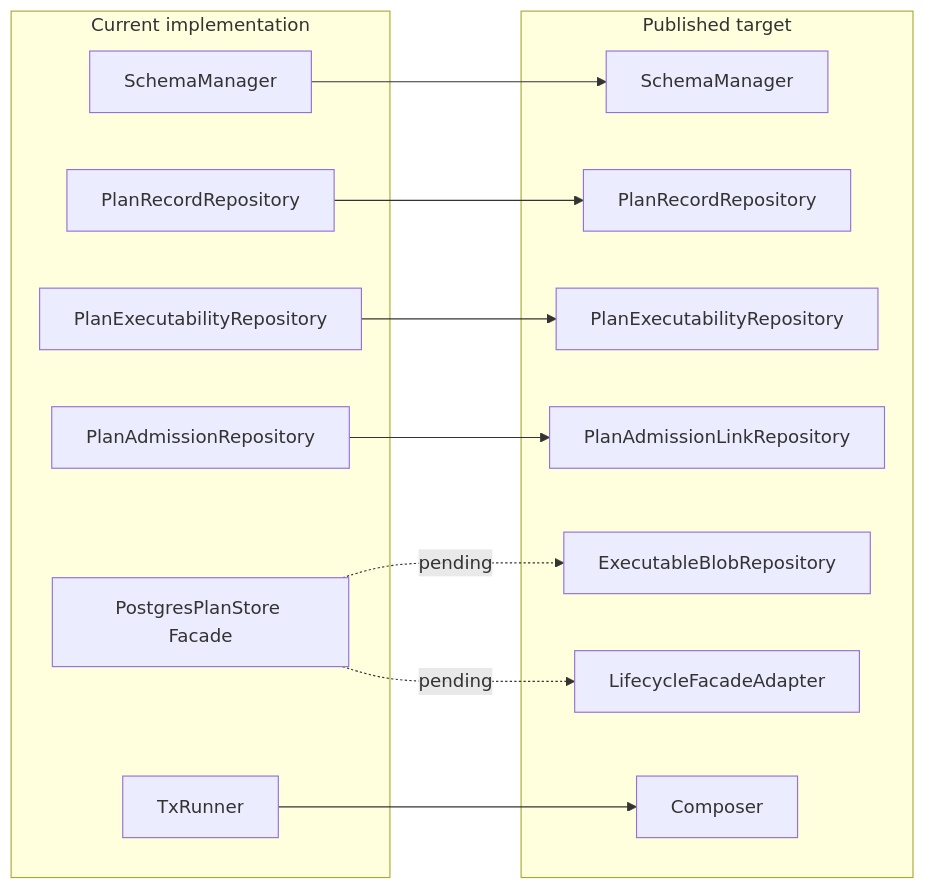
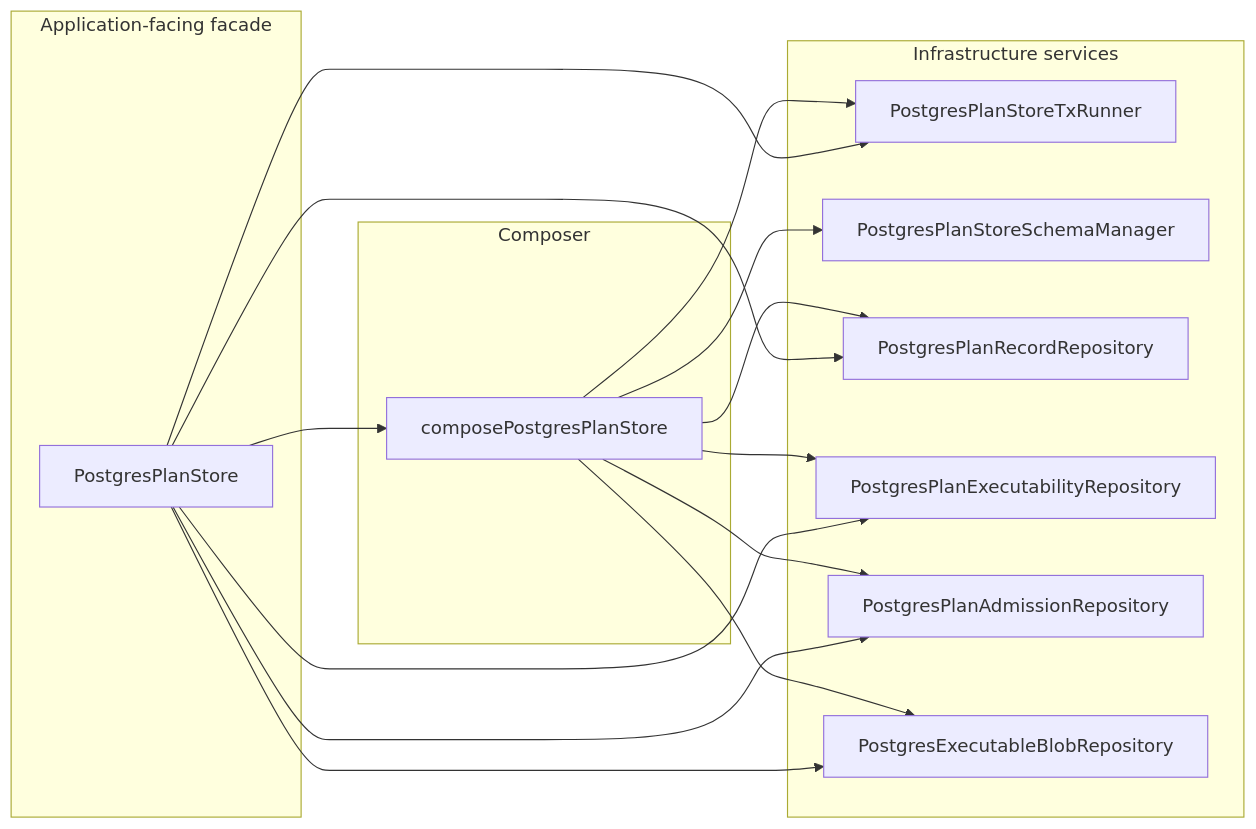
One commit to dunay2/dvt changed the diagram in docs/planning/reviews/architecture-and-governance/20260403-s08-postgres-plan-store-hard-qa-review.md. Above: the diagram before and after it, drawn with Mermaid. The commit also changed other lines of this file and 16 other files, not shown here.

Commit message:
refactor(adapters): Complete S08 plan store closure and AI index cleanup

````diff
--- a/docs/planning/reviews/architecture-and-governance/20260403-s08-postgres-plan-store-hard-qa-review.md
+++ b/docs/planning/reviews/architecture-and-governance/20260403-s08-postgres-plan-store-hard-qa-review.md
@@ -468,29 +66,32 @@
 ```mermaid
 flowchart LR
-  subgraph Current[Current implementation]
-    C1[PostgresPlanStore Facade]
-    C2[SchemaManager]
-    C3[TxRunner]
-    C4[PlanRecordRepository]
-    C5[PlanExecutabilityRepository]
-    C6[PlanAdmissionRepository]
+  subgraph Facade[Application-facing facade]
+    PS[PostgresPlanStore]
   end
 
-  subgraph Target[Published target]
-    T1[SchemaManager]
-    T2[PlanRecordRepository]
-    T3[PlanExecutabilityRepository]
-    T4[PlanAdmissionLinkRepository]
-    T5[ExecutableBlobRepository]
-    T6[LifecycleFacadeAdapter]
-    T7[Composer]
+  subgraph Composition[Composer]
+    CMP[composePostgresPlanStore]
   end
 
-  C2 --> T1
-  C3 --> T7
-  C4 --> T2
-  C5 --> T3
-  C6 --> T4
-  C1 -. pending .-> T5
-  C1 -. pending .-> T6
+  subgraph Infra[Infrastructure services]
+    TX[PostgresPlanStoreTxRunner]
+    SM[PostgresPlanStoreSchemaManager]
+    PR[PostgresPlanRecordRepository]
+    EXR[PostgresPlanExecutabilityRepository]
+    AR[PostgresPlanAdmissionRepository]
+    BR[PostgresExecutableBlobRepository]
+  end
+
+  CMP --> TX
+  CMP --> SM
+  CMP --> PR
+  CMP --> EXR
+  CMP --> AR
+  CMP --> BR
+  PS --> CMP
+  PS --> PR
+  PS --> EXR
+  PS --> AR
+  PS --> BR
+  PS --> TX
 ```
````
